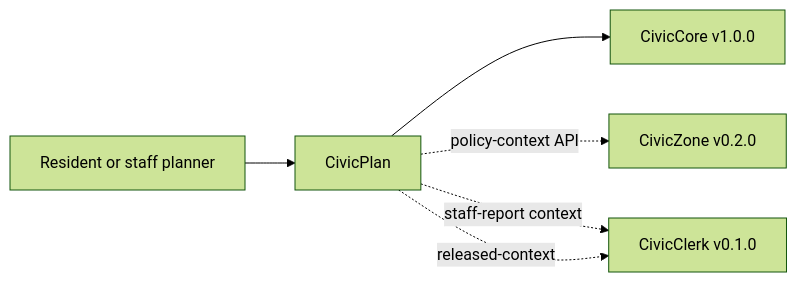
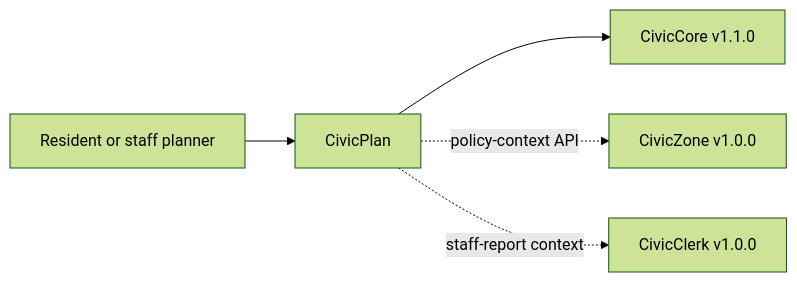
Before and after one commit to CivicSuite/civicplan: the diagram in USER-MANUAL.md, drawn with Mermaid (forest theme). The commit also changed other lines of this file and 81 other files, not shown here.

Commit message:
release: promote CivicPlan v1.0.0 (#11)

````diff
--- a/USER-MANUAL.md
+++ b/USER-MANUAL.md
@@ -44,8 +44,7 @@
 ```mermaid
 flowchart LR
   PublicUser["Resident or staff planner"] --> CivicPlan["CivicPlan"]
-  CivicPlan --> CivicCore["CivicCore v1.0.0"]
-CivicPlan -. policy-context API .-> CivicZone["CivicZone v0.2.0"]
+  CivicPlan --> CivicCore["CivicCore v1.1.0"]
+CivicPlan -. policy-context API .-> CivicZone["CivicZone v1.0.0"]
 CivicPlan -. staff-report context .-> CivicClerk["CivicClerk v1.0.0"]
-  CivicPlan -. released-context .-> CivicClerk["CivicClerk v0.1.0"]
 ```
````
